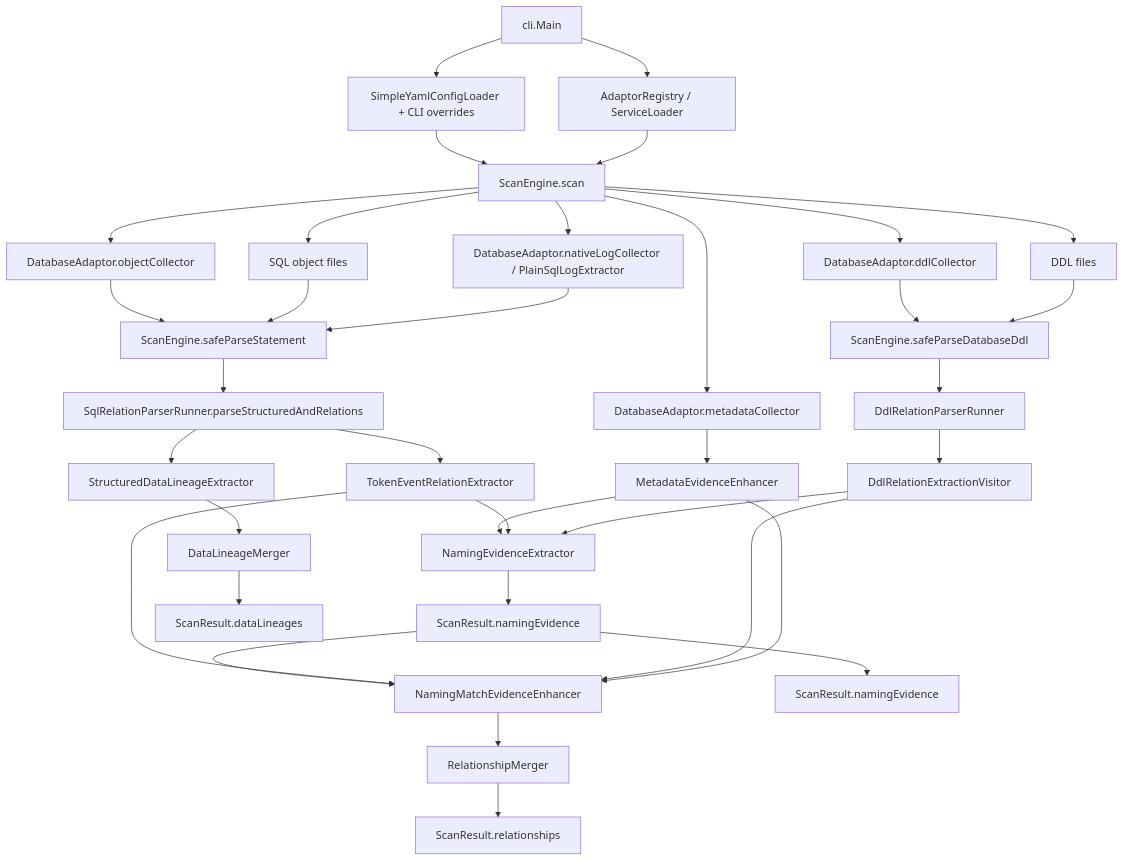
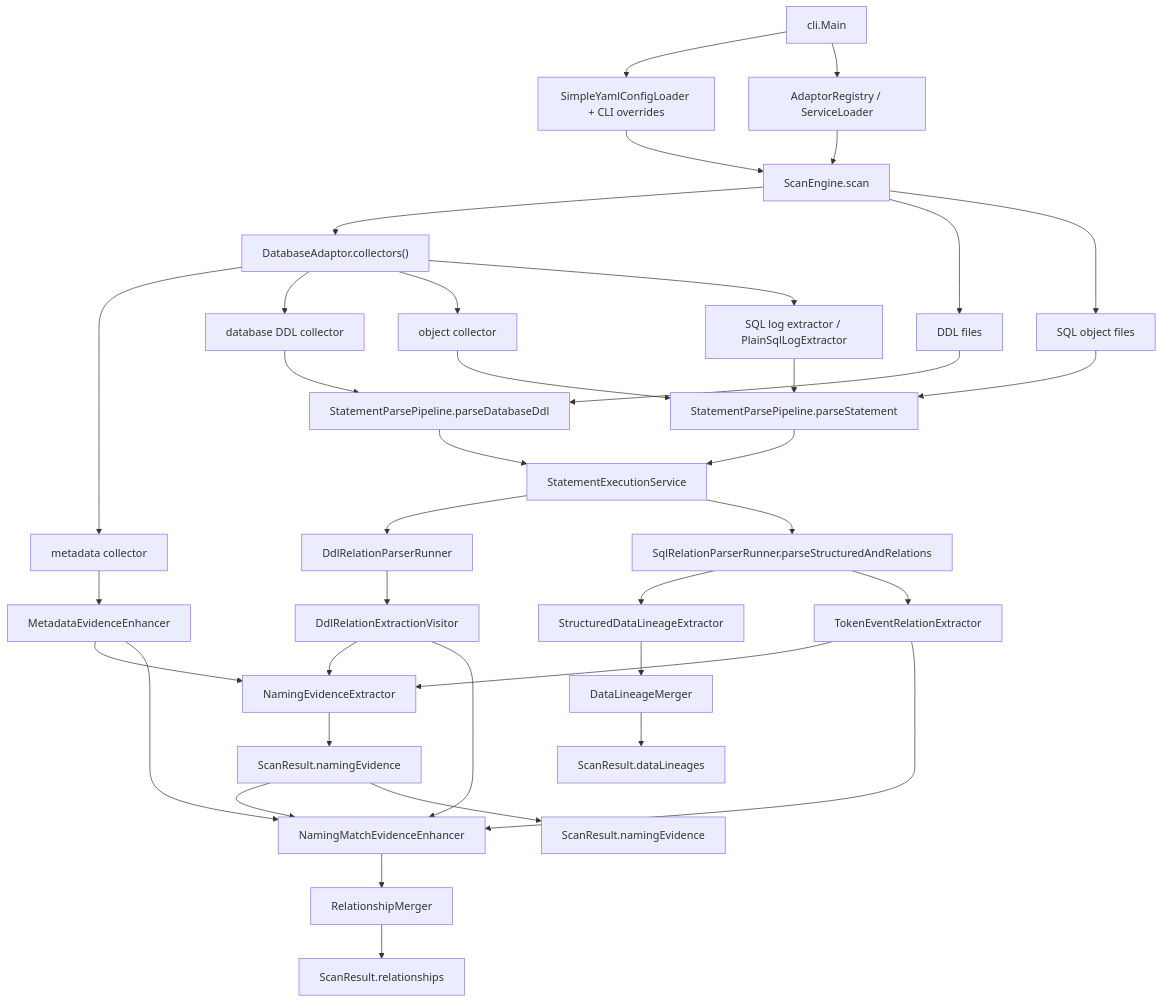
One commit to xiaoguang/relation-detector changed the second of 7 diagrams in docs/design/relation-detector/phase-06-parser-enhancement.md. Above: the diagram before and after it, drawn with Mermaid. The commit also changed other lines of this file and 50 other files, not shown here.

````diff
--- a/docs/design/relation-detector/phase-06-parser-enhancement.md
+++ b/docs/design/relation-detector/phase-06-parser-enhancement.md
@@ -276,48 +282,51 @@
 ```mermaid
 flowchart TD
   entry["cli.Main"]
   config["SimpleYamlConfigLoader + CLI overrides"]
   registry["AdaptorRegistry / ServiceLoader<DatabaseAdaptor>"]
   engine["ScanEngine.scan"]
 
   entry --> config
   entry --> registry
   config --> engine
   registry --> engine
 
-  engine --> meta["DatabaseAdaptor.metadataCollector"]
-  engine --> dbDdl["DatabaseAdaptor.ddlCollector"]
-  engine --> obj["DatabaseAdaptor.objectCollector"]
-  engine --> log["DatabaseAdaptor.nativeLogCollector / PlainSqlLogExtractor"]
+  engine --> collectors["DatabaseAdaptor.collectors()"]
+  collectors --> meta["metadata collector"]
+  collectors --> dbDdl["database DDL collector"]
+  collectors --> obj["object collector"]
+  collectors --> log["SQL log extractor / PlainSqlLogExtractor"]
   engine --> fileDdl["DDL files"]
   engine --> objectFiles["SQL object files"]
 
   meta --> enhancer["MetadataEvidenceEnhancer"]
-  dbDdl --> ddlSafe["ScanEngine.safeParseDatabaseDdl"]
+  dbDdl --> ddlSafe["StatementParsePipeline.parseDatabaseDdl"]
   fileDdl --> ddlSafe
-  obj --> sqlSafe["ScanEngine.safeParseStatement"]
+  obj --> sqlSafe["StatementParsePipeline.parseStatement"]
   objectFiles --> sqlSafe
   log --> sqlSafe
 
-  ddlSafe --> ddlRunner["DdlRelationParserRunner"]
-  sqlSafe --> sqlParsed["SqlRelationParserRunner.parseStructuredAndRelations"]
+  ddlSafe --> statementService["StatementExecutionService"]
+  sqlSafe --> statementService
+  statementService --> ddlRunner["DdlRelationParserRunner"]
+  statementService --> sqlParsed["SqlRelationParserRunner.parseStructuredAndRelations"]
 
   sqlParsed --> lineageExtractor["StructuredDataLineageExtractor"]
   sqlParsed --> relationExtractor["TokenEventRelationExtractor"]
   ddlRunner --> ddlExtractor["DdlRelationExtractionVisitor"]
 
   enhancer --> namingExtractor["NamingEvidenceExtractor"]
   relationExtractor --> namingExtractor
   ddlExtractor --> namingExtractor
   namingExtractor --> namingPool["ScanResult.namingEvidence"]
   namingPool --> namingEnhancer["NamingMatchEvidenceEnhancer"]
   relationExtractor --> namingEnhancer
   ddlExtractor --> namingEnhancer
   enhancer --> namingEnhancer
   namingEnhancer --> relMerge["RelationshipMerger"]
   lineageExtractor --> lineageMerge["DataLineageMerger"]
 
   relMerge --> result["ScanResult.relationships"]
   lineageMerge --> result2["ScanResult.dataLineages"]
   namingPool --> result3["ScanResult.namingEvidence"]
 ```
````
